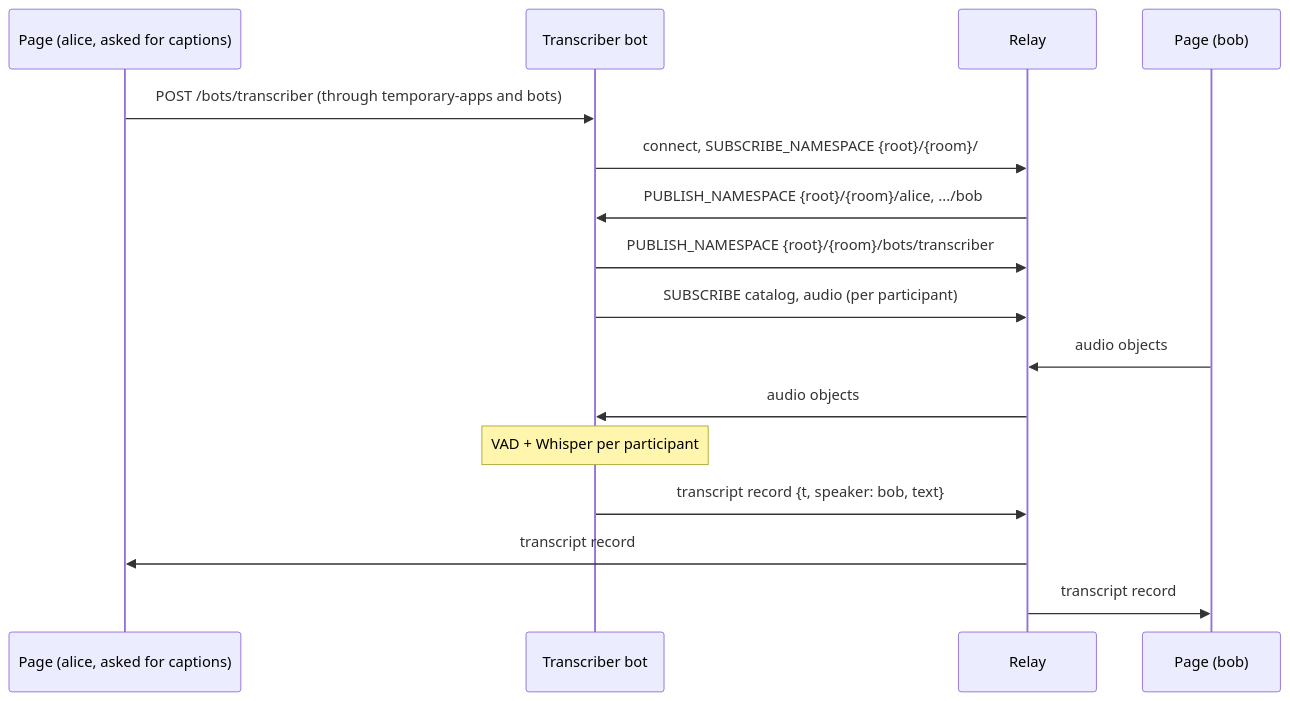
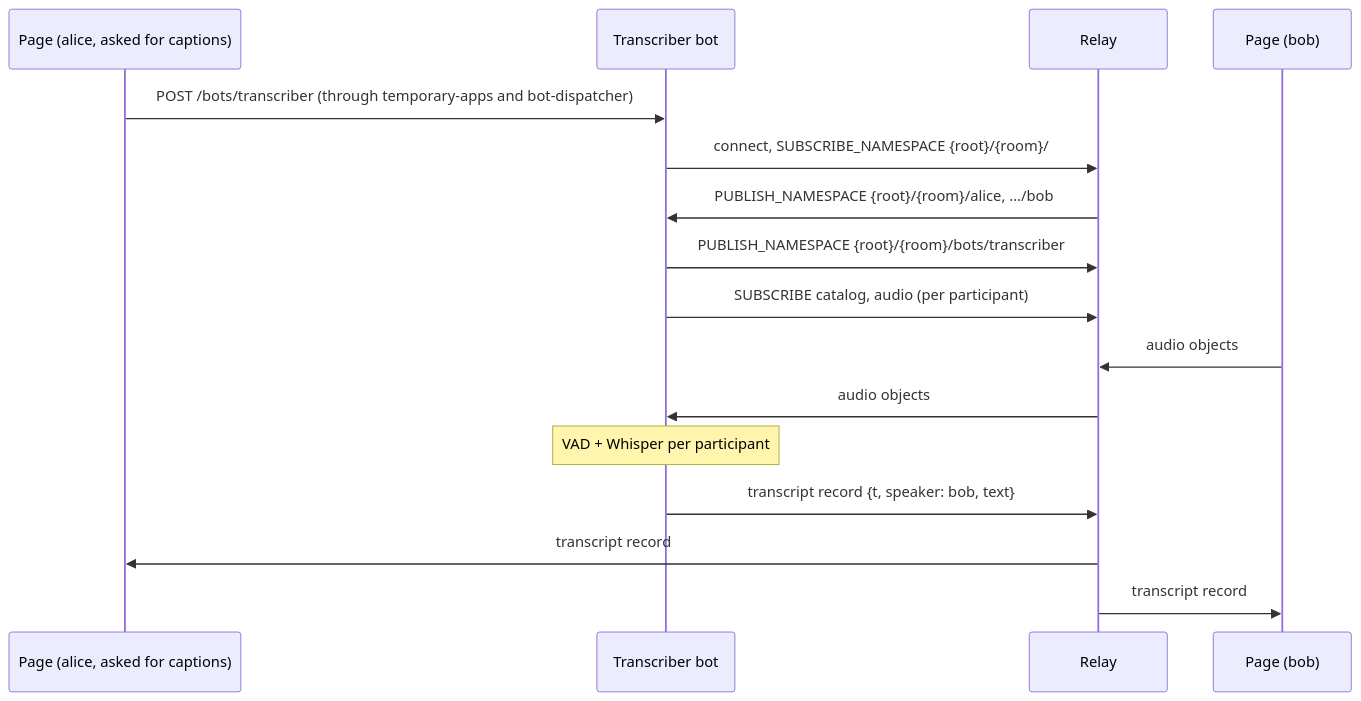
One commit to nttcom/moq-wasm changed the diagram in docs/architecture/ai-bots/meeting-transcriber.md. Above: the diagram before and after it, drawn with Mermaid. The commit also changed other lines of this file and 69 other files, not shown here.

First line of the commit message:
docs(architecture): アーキテクチャ文書を現在の実装に合わせる (#2002)

````diff
--- a/docs/architecture/ai-bots/meeting-transcriber.md
+++ b/docs/architecture/ai-bots/meeting-transcriber.md
@@ -47,18 +47,18 @@
 ```mermaid
 sequenceDiagram
     participant A as Page (alice, asked for captions)
     participant S as Transcriber bot
     participant R as Relay
     participant B as Page (bob)
-    A->>S: POST /bots/transcriber (through temporary-apps and bots)
+    A->>S: POST /bots/transcriber (through temporary-apps and bot-dispatcher)
     S->>R: connect, SUBSCRIBE_NAMESPACE {root}/{room}/
     R->>S: PUBLISH_NAMESPACE {root}/{room}/alice, .../bob
     S->>R: PUBLISH_NAMESPACE {root}/{room}/bots/transcriber
     S->>R: SUBSCRIBE catalog, audio (per participant)
     B->>R: audio objects
     R->>S: audio objects
     Note over S: VAD + Whisper per participant
     S->>R: transcript record {t, speaker: bob, text}
     R->>A: transcript record
     R->>B: transcript record
 ```
````
